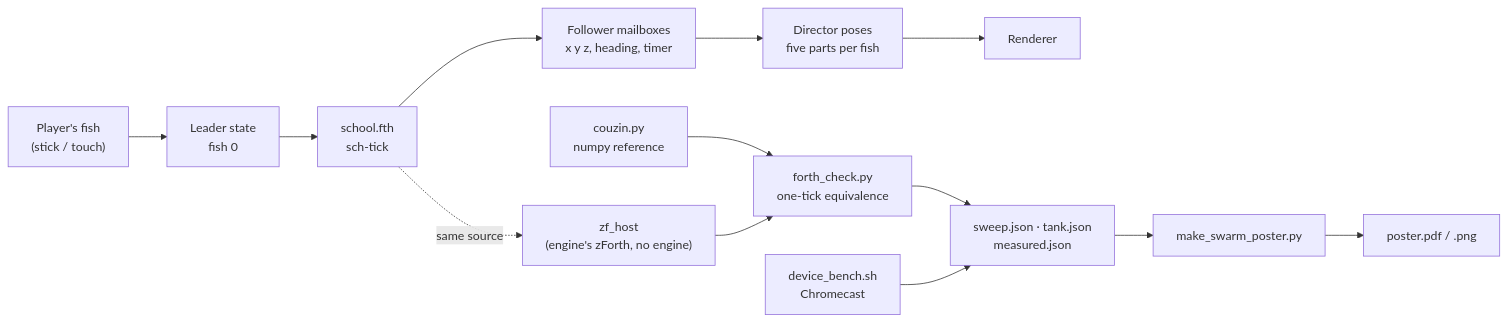
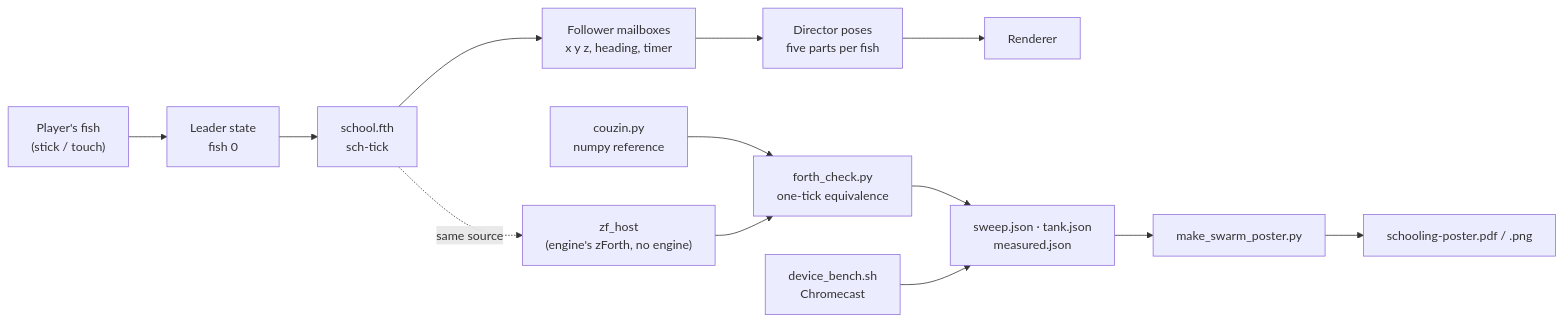
Before and after one commit to wbniv/WorldFoundry: the first of 4 diagrams in docs/plans/2026-10-01-swarming-poster.md, drawn with Mermaid. The commit also changed other lines of this file and 11 other files, not shown here.

First line of the commit message:
The poster's outputs are named schooling-poster.{html,pdf,png}

````diff
--- a/docs/plans/2026-10-01-swarming-poster.md
+++ b/docs/plans/2026-10-01-swarming-poster.md
@@ -41,14 +41,14 @@
 ```mermaid
 flowchart LR
     P["Player's fish<br/>(stick / touch)"] --> L["Leader state<br/>fish 0"]
     L --> S["school.fth<br/>sch-tick"]
     S --> M["Follower mailboxes<br/>x y z, heading, timer"]
     M --> D["Director poses<br/>five parts per fish"]
     D --> R["Renderer"]
     S -. "same source" .-> H["zf_host<br/>(engine's zForth, no engine)"]
     C["couzin.py<br/>numpy reference"] --> T["forth_check.py<br/>one-tick equivalence"]
     H --> T
     T --> J["sweep.json · tank.json<br/>measured.json"]
     B["device_bench.sh<br/>Chromecast"] --> J
-    J --> G["make_swarm_poster.py"] --> O["poster.pdf / .png"]
+    J --> G["make_swarm_poster.py"] --> O["schooling-poster.pdf / .png"]
 ```
````
